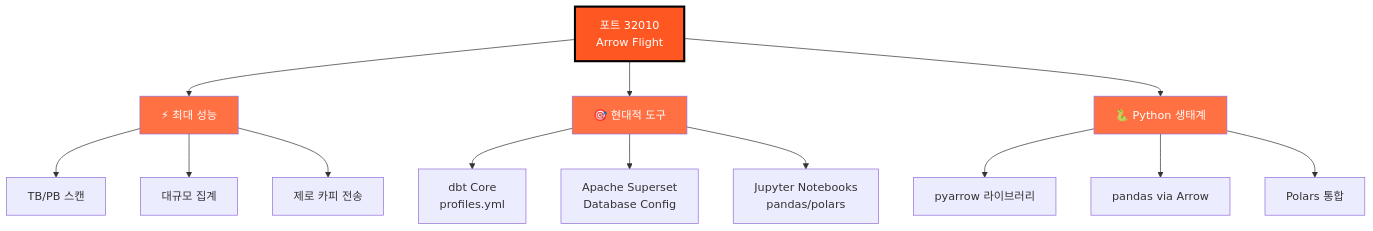
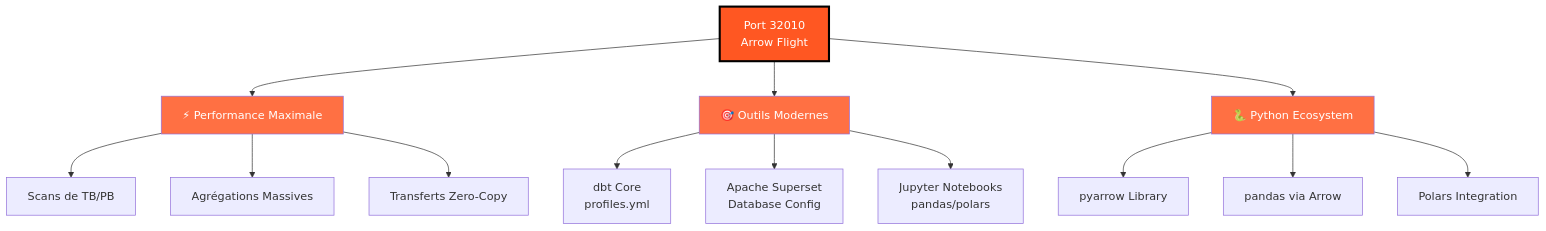
One commit to Monsau/Talentys-OSS-Data-Platform changed the seventh of 9 diagrams in docs/i18n/ko/architecture/dremio-ports-visual.md. Above: the diagram before and after it, drawn with Mermaid. The commit also changed other lines of this file and 485 other files, not shown here.

First line of the commit message:
feat: v1.1.0 - Complete i18n roadmap, AI services, and data platform

````diff
--- a/docs/i18n/ko/architecture/dremio-ports-visual.md
+++ b/docs/i18n/ko/architecture/dremio-ports-visual.md
@@ -222,25 +222,25 @@
 ```mermaid
 graph TB
-    A[포트 32010<br/>Arrow Flight]
+    A[Port 32010<br/>Arrow Flight]
     
-    A --> B1[⚡ 최대 성능]
-    A --> B2[🎯 현대적 도구]
-    A --> B3[🐍 Python 생태계]
+    A --> B1[⚡ Performance Maximale]
+    A --> B2[🎯 Outils Modernes]
+    A --> B3[🐍 Python Ecosystem]
     
-    B1 --> C1[TB/PB 스캔]
-    B1 --> C2[대규모 집계]
-    B1 --> C3[제로 카피 전송]
+    B1 --> C1[Scans de TB/PB]
+    B1 --> C2[Agrégations Massives]
+    B1 --> C3[Transferts Zero-Copy]
     
     B2 --> D1[dbt Core<br/>profiles.yml]
     B2 --> D2[Apache Superset<br/>Database Config]
     B2 --> D3[Jupyter Notebooks<br/>pandas/polars]
     
-    B3 --> E1[pyarrow 라이브러리]
+    B3 --> E1[pyarrow Library]
     B3 --> E2[pandas via Arrow]
-    B3 --> E3[Polars 통합]
+    B3 --> E3[Polars Integration]
     
     style A fill:#FF5722,color:#fff,stroke:#000,stroke-width:3px
     style B1 fill:#FF7043,color:#fff
     style B2 fill:#FF7043,color:#fff
     style B3 fill:#FF7043,color:#fff
 ```
````
